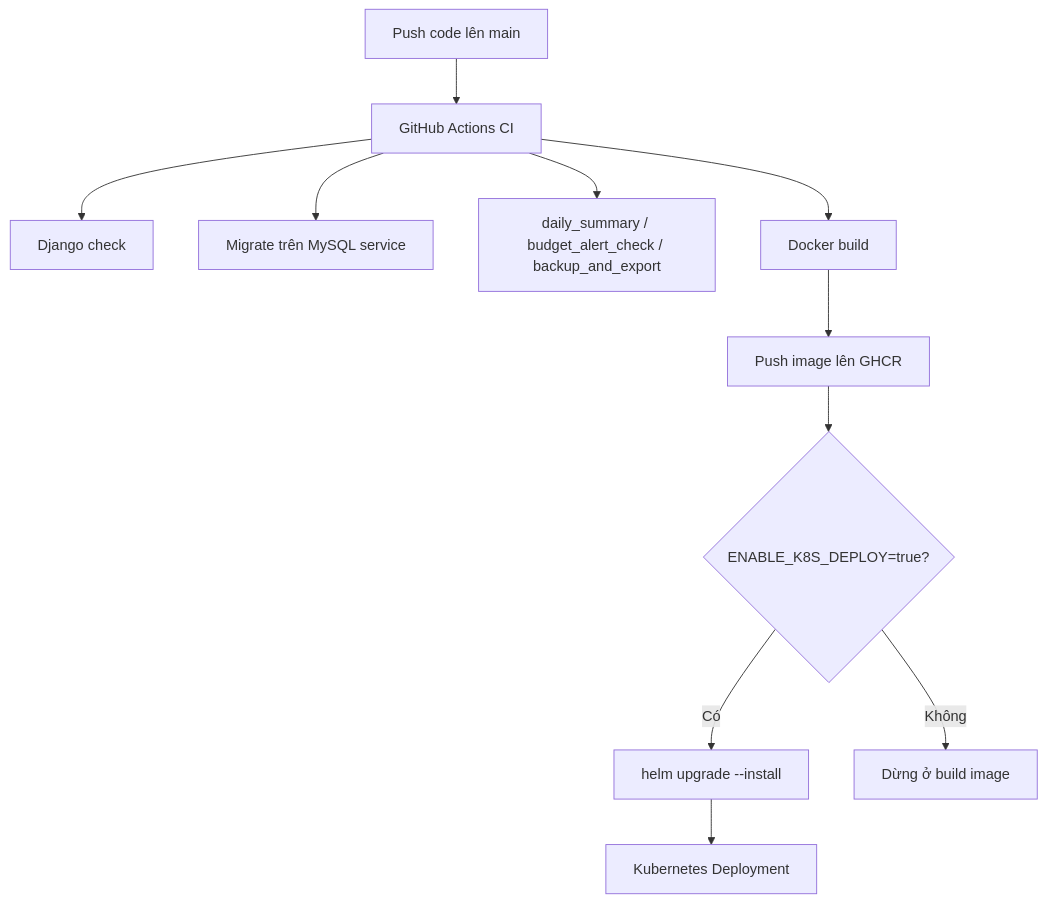
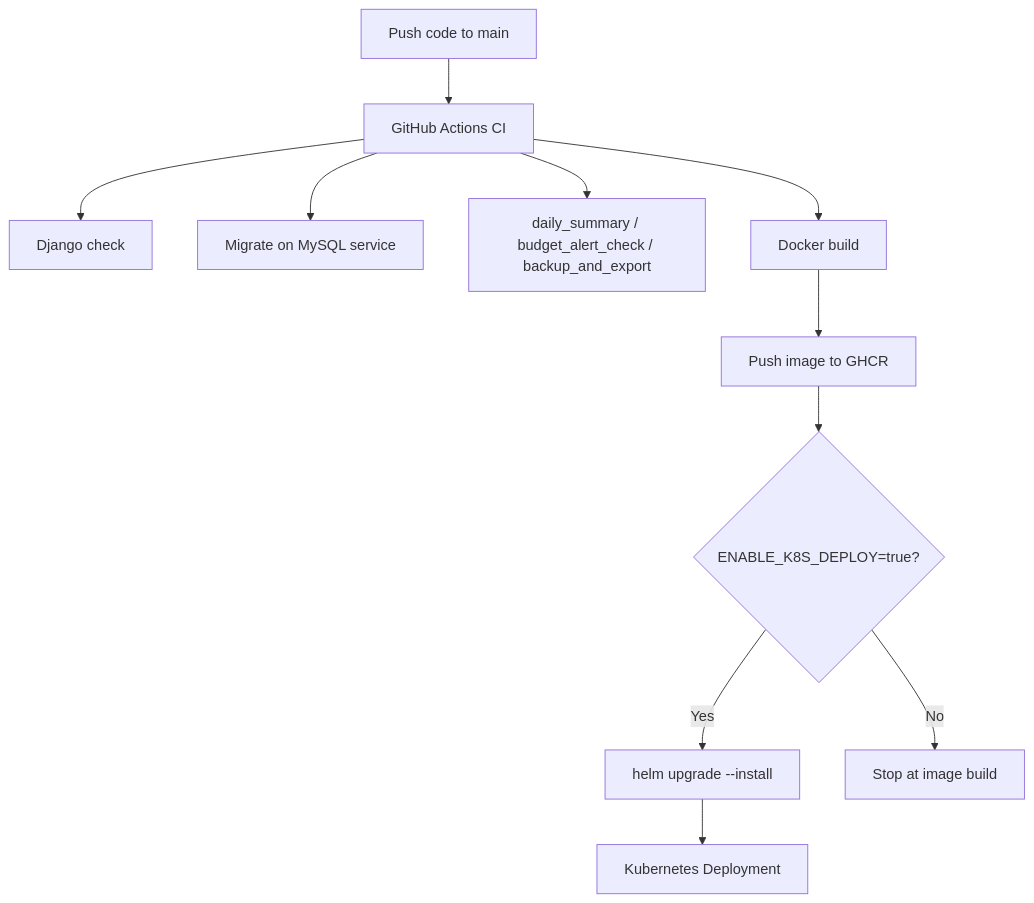
Before and after one commit to thtrangnu/PERSONAL-FINANCE-MANAGEMENT-SYSTEM: the third of 5 diagrams in docs/architecture/system-flow.md, drawn with Mermaid. The commit also changed other lines of this file and 9 other files, not shown here.

````diff
--- a/docs/architecture/system-flow.md
+++ b/docs/architecture/system-flow.md
@@ -34,13 +34,13 @@
 ```mermaid
 flowchart TD
-    Push["Push code lên main"] --> CI["GitHub Actions CI"]
+    Push["Push code to main"] --> CI["GitHub Actions CI"]
     CI --> Check["Django check"]
-    CI --> Migrate["Migrate trên MySQL service"]
+    CI --> Migrate["Migrate on MySQL service"]
     CI --> Jobs["daily_summary / budget_alert_check / backup_and_export"]
     CI --> Build["Docker build"]
-    Build --> GHCR["Push image lên GHCR"]
+    Build --> GHCR["Push image to GHCR"]
     GHCR --> CD{"ENABLE_K8S_DEPLOY=true?"}
-    CD -- "Có" --> Helm["helm upgrade --install"]
-    CD -- "Không" --> Done["Dừng ở build image"]
+    CD -- "Yes" --> Helm["helm upgrade --install"]
+    CD -- "No" --> Done["Stop at image build"]
     Helm --> K8s["Kubernetes Deployment"]
 ```
````
